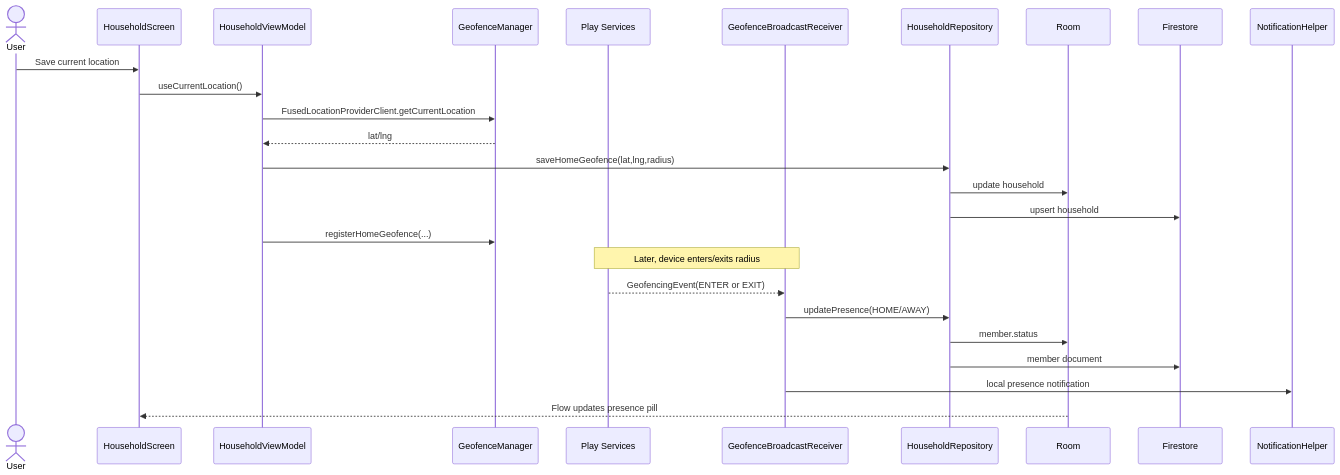
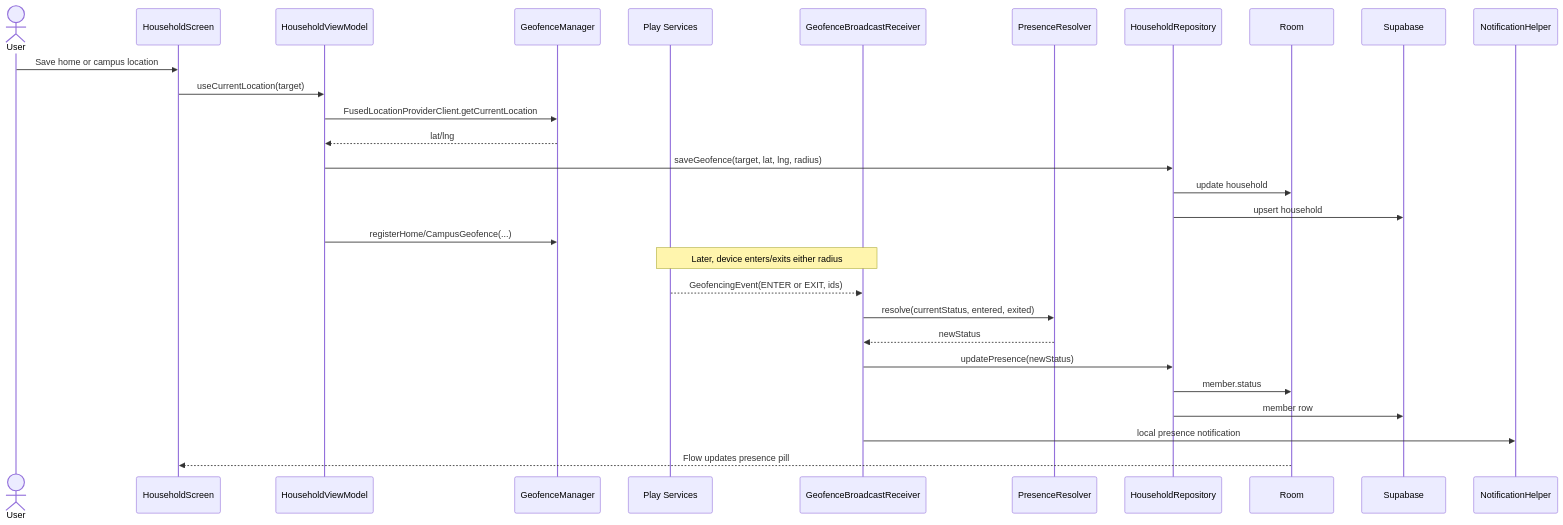
The third of 5 diagrams in docs/ARCHITECTURE.md (Koe-byte/SortMate), drawn with Mermaid before and after one commit. The commit also changed other lines of this file and 87 other files, not shown here.

First line of the commit message:
feat(sync): migrate household sync to supabase and add campus presence

````diff
--- a/docs/ARCHITECTURE.md
+++ b/docs/ARCHITECTURE.md
@@ -146,29 +166,32 @@
 ```mermaid
 sequenceDiagram
     actor User
     participant HH as HouseholdScreen
     participant VM as HouseholdViewModel
     participant Geo as GeofenceManager
     participant OS as Play Services
     participant Rx as GeofenceBroadcastReceiver
+    participant Res as PresenceResolver
     participant Repo as HouseholdRepository
     participant Room as Room
-    participant FS as Firestore
+    participant SB as Supabase
     participant Notif as NotificationHelper
 
-    User->>HH: Save current location
-    HH->>VM: useCurrentLocation()
+    User->>HH: Save home or campus location
+    HH->>VM: useCurrentLocation(target)
     VM->>Geo: FusedLocationProviderClient.getCurrentLocation
     Geo-->>VM: lat/lng
-    VM->>Repo: saveHomeGeofence(lat,lng,radius)
+    VM->>Repo: saveGeofence(target, lat, lng, radius)
     Repo->>Room: update household
-    Repo->>FS: upsert household
-    VM->>Geo: registerHomeGeofence(...)
-    Note over OS,Rx: Later, device enters/exits radius
-    OS-->>Rx: GeofencingEvent(ENTER or EXIT)
-    Rx->>Repo: updatePresence(HOME/AWAY)
+    Repo->>SB: upsert household
+    VM->>Geo: registerHome/CampusGeofence(...)
+    Note over OS,Rx: Later, device enters/exits either radius
+    OS-->>Rx: GeofencingEvent(ENTER or EXIT, ids)
+    Rx->>Res: resolve(currentStatus, entered, exited)
+    Res-->>Rx: newStatus
+    Rx->>Repo: updatePresence(newStatus)
     Repo->>Room: member.status
-    Repo->>FS: member document
+    Repo->>SB: member row
     Rx->>Notif: local presence notification
     Room-->>HH: Flow updates presence pill
 ```
````
